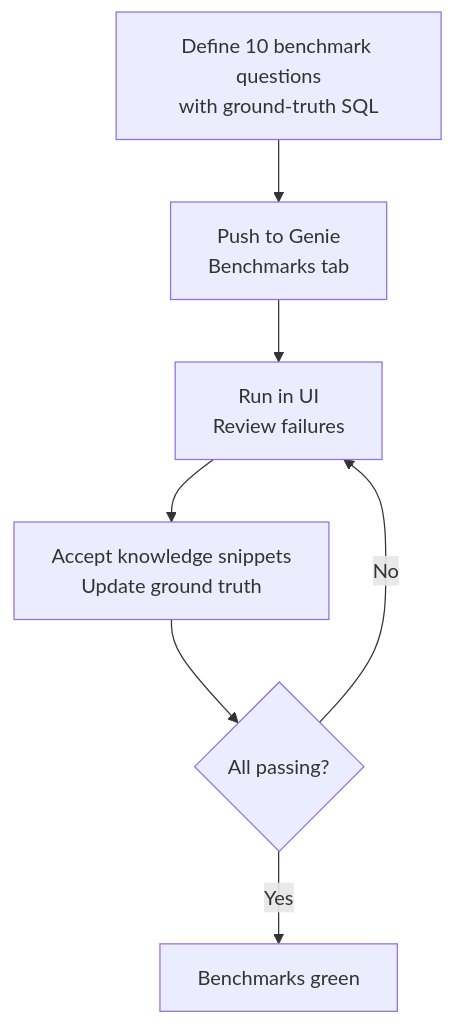
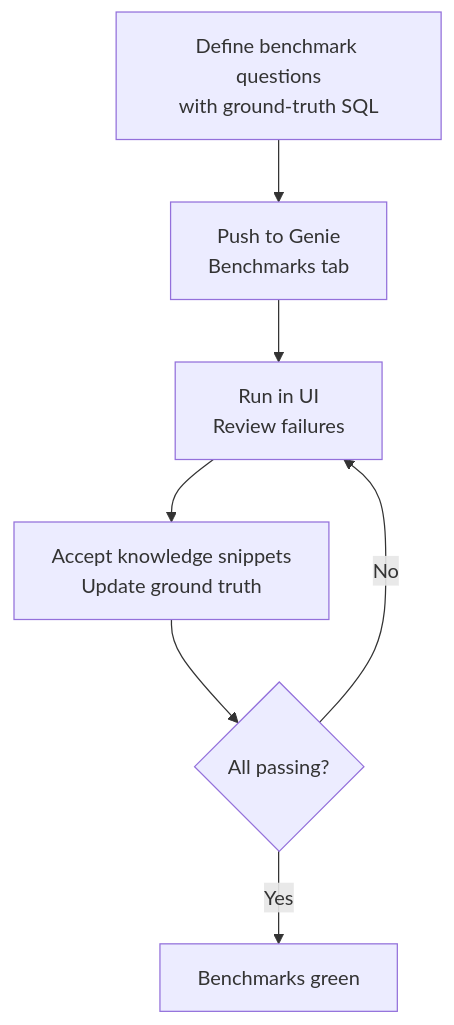
One commit to dariakrasavina/genie-spaces-workshop changed the second of 3 diagrams in README.md. Above: the diagram before and after it, drawn with Mermaid. The commit also changed other lines of this file and 17 other files, not shown here.

````diff
--- a/README.md
+++ b/README.md
@@ -93,9 +96,9 @@
 ```mermaid
 flowchart TD
-    B1["Define 10 benchmark questions\nwith ground-truth SQL"] --> B2["Push to Genie\nBenchmarks tab"]
+    B1["Define benchmark questions\nwith ground-truth SQL"] --> B2["Push to Genie\nBenchmarks tab"]
     B2 --> B3["Run in UI\nReview failures"]
     B3 --> B4["Accept knowledge snippets\nUpdate ground truth"]
     B4 --> B5{"All passing?"}
     B5 -->|No| B3
     B5 -->|Yes| B6["Benchmarks green"]
 ```
````
